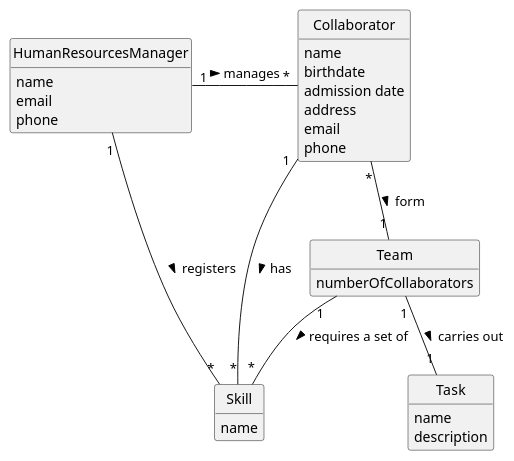
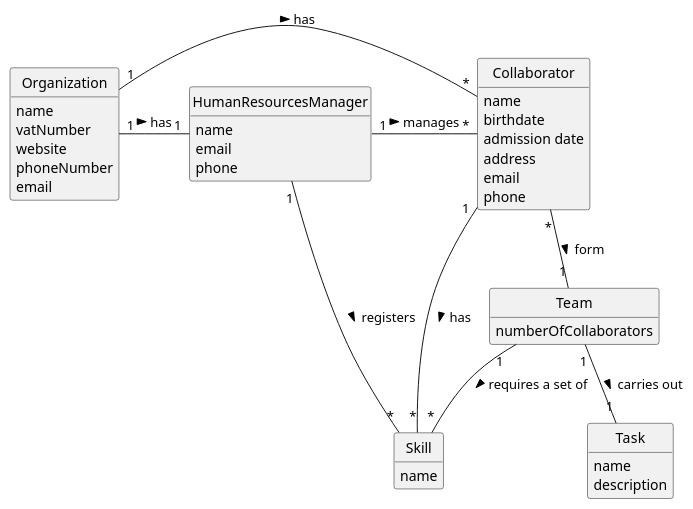
One commit to Departamento-de-Engenharia-Informatica/lei-24-s2-1dkl-g134 changed the diagram in docs/sprintA/us005/02.analysis/puml/us005-domain-model.puml. Above: the diagram before and after it, drawn with PlantUML. The commit also changed 1 other file, not shown here.

Commit message:
added organization to us1 and us5 analysis

```diff
--- a/docs/sprintA/us005/02.analysis/puml/us005-domain-model.puml
+++ b/docs/sprintA/us005/02.analysis/puml/us005-domain-model.puml
@@ -1,46 +1,56 @@
 @startuml
 skinparam monochrome true
 skinparam packageStyle rectangle
 skinparam shadowing false
 
 skinparam classAttributeIconSize 0
 
 hide circle
 hide methods
+
+class Organization {
+    name
+    vatNumber
+    website
+    phoneNumber
+    email
+}
 
 class HumanResourcesManager {
     name
     email
     phone
 }
 
 class Collaborator {
     name
     birthdate
     admission date
     address
     email
     phone
 }
 
 class Skill {
     name
 }
 
 class Team {
     numberOfCollaborators
 }
 
 class Task {
     name
     description
 }
 
+Organization "1" - "1" HumanResourcesManager : has >
+Collaborator "*" - "1" Organization : has <
 HumanResourcesManager "1" - "*" Collaborator : manages >
 HumanResourcesManager "1" -- "*" Skill : registers >
 Collaborator "1" -- "*" Skill : has >
 Team "1" -- "1" Task : carries out >
 Team "1" -- "*" Skill : requires a set of >
 Collaborator "*" -- "1" Team : form >
 
 @enduml
```
